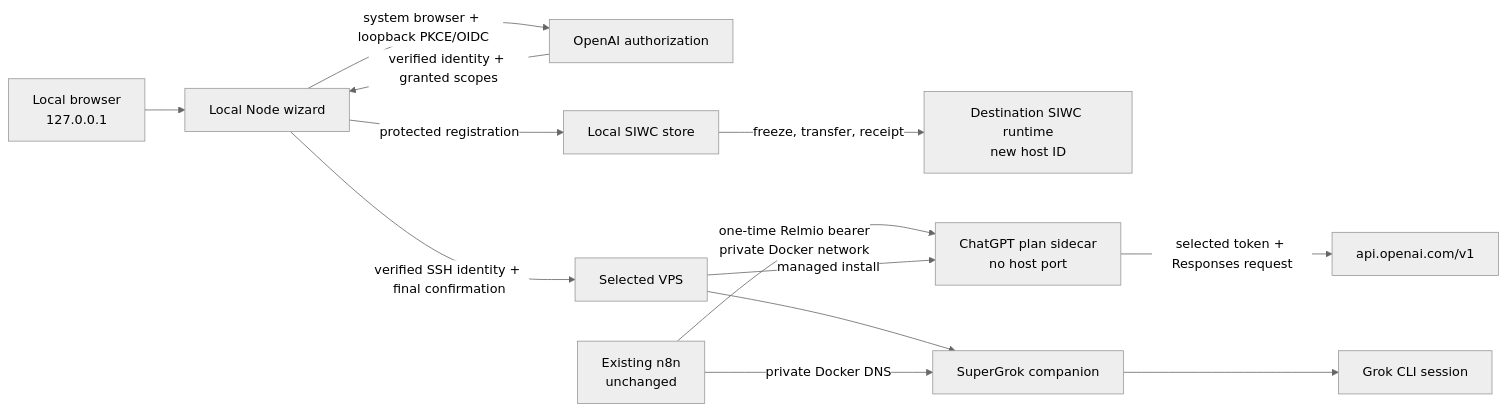
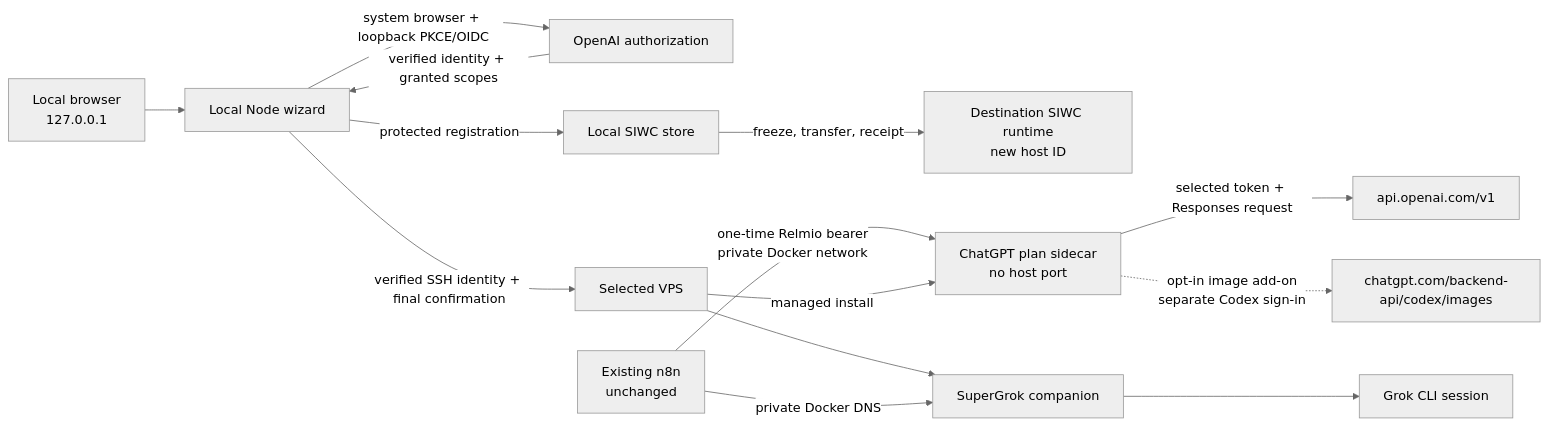
Before and after one commit to Demonbane18/relmio: the first of 2 diagrams in docs/architecture.md, drawn with Mermaid (neutral theme). The commit also changed other lines of this file and 36 other files, not shown here.

First line of the commit message:
Add opt-in Codex-login image add-on for the VPS sidecar

````diff
--- a/docs/architecture.md
+++ b/docs/architecture.md
@@ -11,15 +11,16 @@
 ```mermaid
 flowchart LR
   B["Local browser<br>127.0.0.1"] --> W["Local Node wizard"]
   W -->|"system browser + loopback PKCE/OIDC"| A["OpenAI authorization"]
   A -->|"verified identity + granted scopes"| W
   W -->|"protected registration"| L["Local SIWC store"]
   W -->|"verified SSH identity + final confirmation"| V["Selected VPS"]
   L -->|"freeze, transfer, receipt"| R["Destination SIWC runtime<br>new host ID"]
   N["Existing n8n<br>unchanged"] -->|"one-time Relmio bearer<br>private Docker network"| S["ChatGPT plan sidecar<br>no host port"]
   S -->|"selected token + Responses request"| O["api.openai.com/v1"]
+  S -.->|"opt-in image add-on<br>separate Codex sign-in"| I["chatgpt.com/backend-api/codex/images"]
   V -->|"managed install"| S
   V --> Q["SuperGrok companion"]
   N -->|"private Docker DNS"| Q
   Q --> X["Grok CLI session"]
 ```
````
